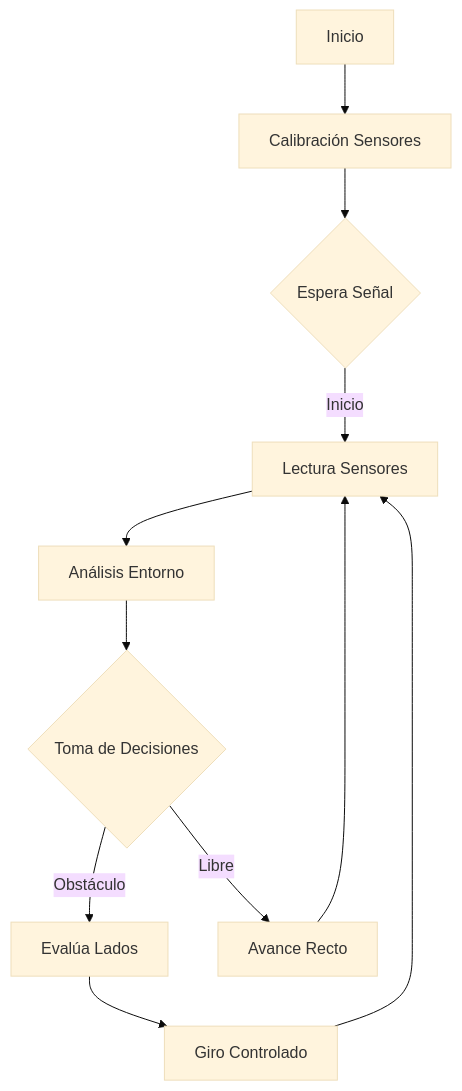
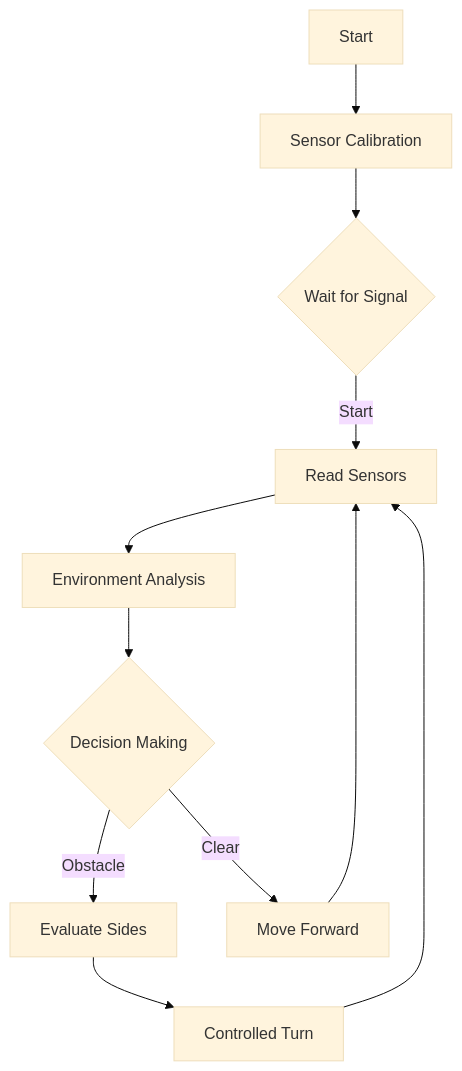
The diagram in README.md (Samu4035/REDMACHINE-2025), drawn with Mermaid (base theme) before and after one commit. The commit also changed other lines of this file, not shown here.

````diff
--- a/README.md
+++ b/README.md
@@ -851,13 +828,13 @@
 ```mermaid
 graph TD
-    A[Inicio] --> B[Calibración Sensores]
-    B --> C{Espera Señal}
-    C -->|Inicio| D[Lectura Sensores]
-    D --> E[Análisis Entorno]
-    E --> F{Toma de Decisiones}
-    F -->|Obstáculo| G[Evalúa Lados]
-    F -->|Libre| H[Avance Recto]
-    G --> I[Giro Controlado]
+    A[Start] --> B[Sensor Calibration]
+    B --> C{Wait for Signal}
+    C -->|Start| D[Read Sensors]
+    D --> E[Environment Analysis]
+    E --> F{Decision Making}
+    F -->|Obstacle| G[Evaluate Sides]
+    F -->|Clear| H[Move Forward]
+    G --> I[Controlled Turn]
     H --> D
     I --> D
 ```
````
